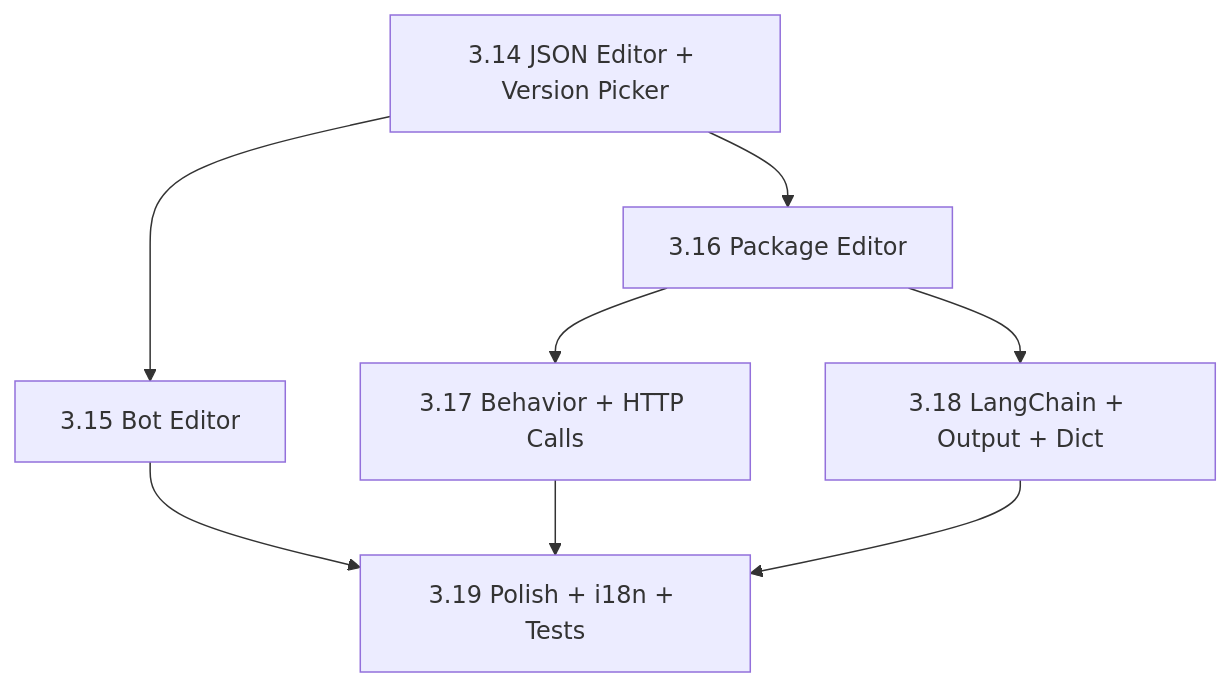
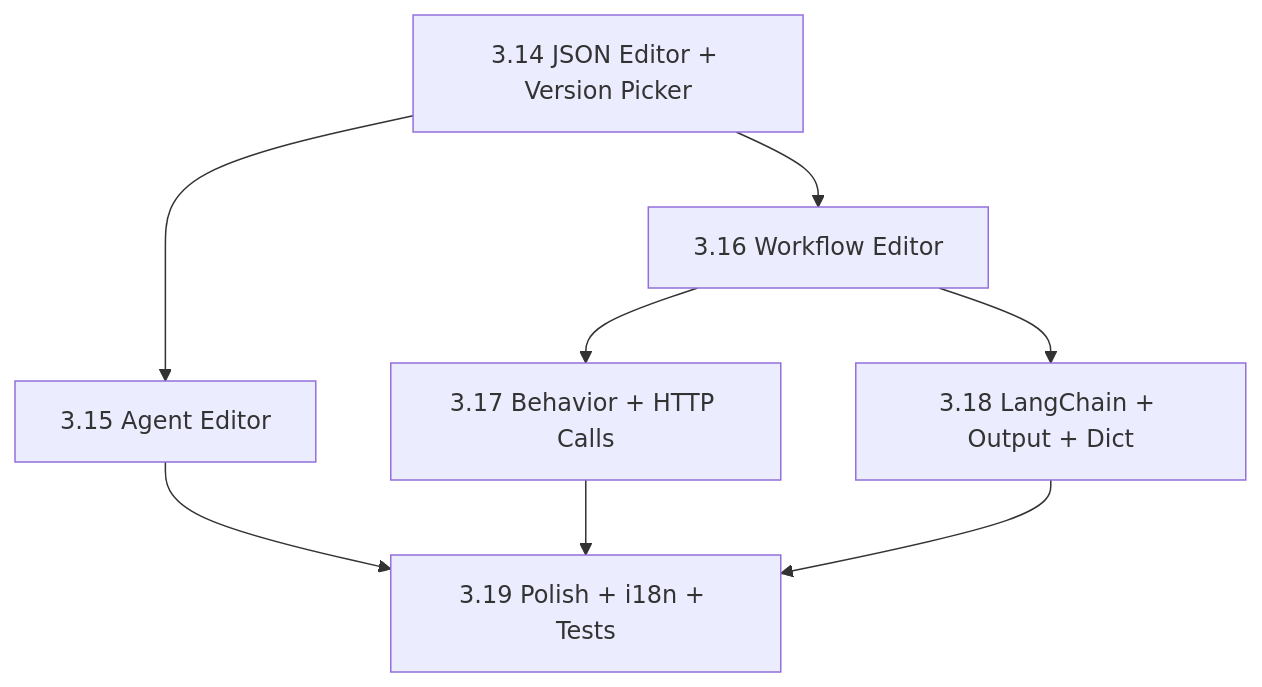
Before and after one commit to labsai/EDDI: the diagram in ui/manager/docs/editing-layer-plan.md, drawn with Mermaid. The commit also changed other lines of this file and 118 other files, not shown here.

````diff
--- a/ui/manager/docs/editing-layer-plan.md
+++ b/ui/manager/docs/editing-layer-plan.md
@@ -228,10 +228,10 @@
 ```mermaid
 graph TD
-    A[3.14 JSON Editor + Version Picker] --> B[3.15 Bot Editor]
-    A --> C[3.16 Package Editor]
+    A[3.14 JSON Editor + Version Picker] --> B[3.15 Agent Editor]
+    A --> C[3.16 Workflow Editor]
     C --> D[3.17 Behavior + HTTP Calls]
     C --> E[3.18 LangChain + Output + Dict]
     B --> F[3.19 Polish + i18n + Tests]
     D --> F
     E --> F
 ```
````
